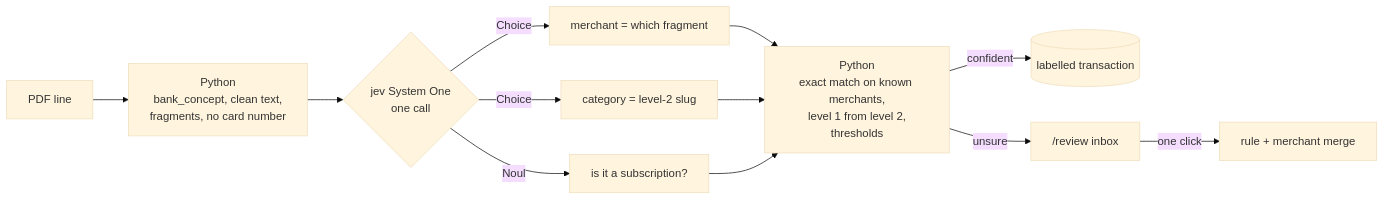
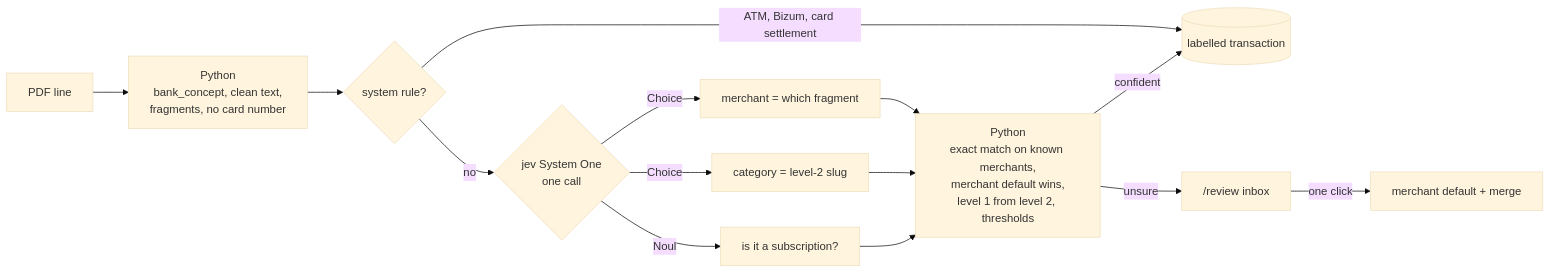
The diagram in README.md (raulvazquez7/personal-finance-agent), drawn with Mermaid (base theme) before and after one commit. The commit also changed other lines of this file and 2 other files, not shown here.

Commit message:
docs: resolve merchant-less operations with system rules and keep the user's category on the merchant

````diff
--- a/README.md
+++ b/README.md
@@ -26,14 +28,16 @@
 ```mermaid
 flowchart LR
     A[PDF line] --> B["Python<br/>bank_concept, clean text,<br/>fragments, no card number"]
-    B --> C{"jev System One<br/>one call"}
+    B --> R{system rule?}
+    R -->|ATM, Bizum, card settlement| H
+    R -->|no| C{"jev System One<br/>one call"}
     C -->|Choice| D[merchant = which fragment]
     C -->|Choice| E[category = level-2 slug]
     C -->|Noul| F[is it a subscription?]
-    D --> G["Python<br/>exact match on known merchants,<br/>level 1 from level 2,<br/>thresholds"]
+    D --> G["Python<br/>exact match on known merchants,<br/>merchant default wins,<br/>level 1 from level 2, thresholds"]
     E --> G
     F --> G
     G -->|confident| H[(labelled transaction)]
     G -->|unsure| I["/review inbox"]
-    I -->|one click| J[rule + merchant merge]
+    I -->|one click| J[merchant default + merge]
 ```
````
